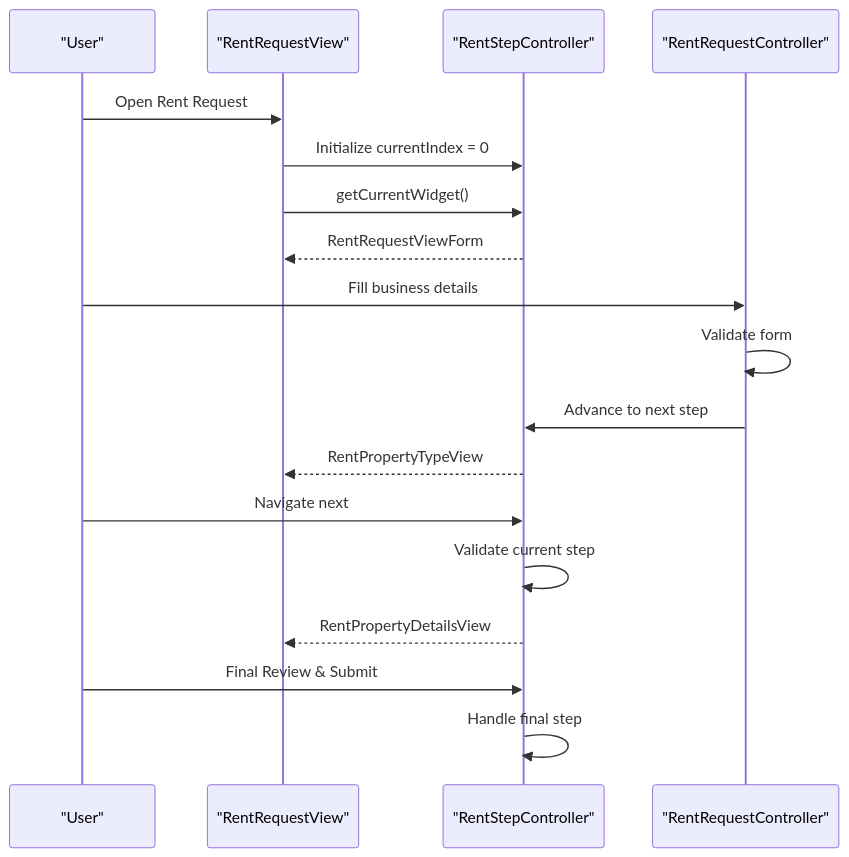
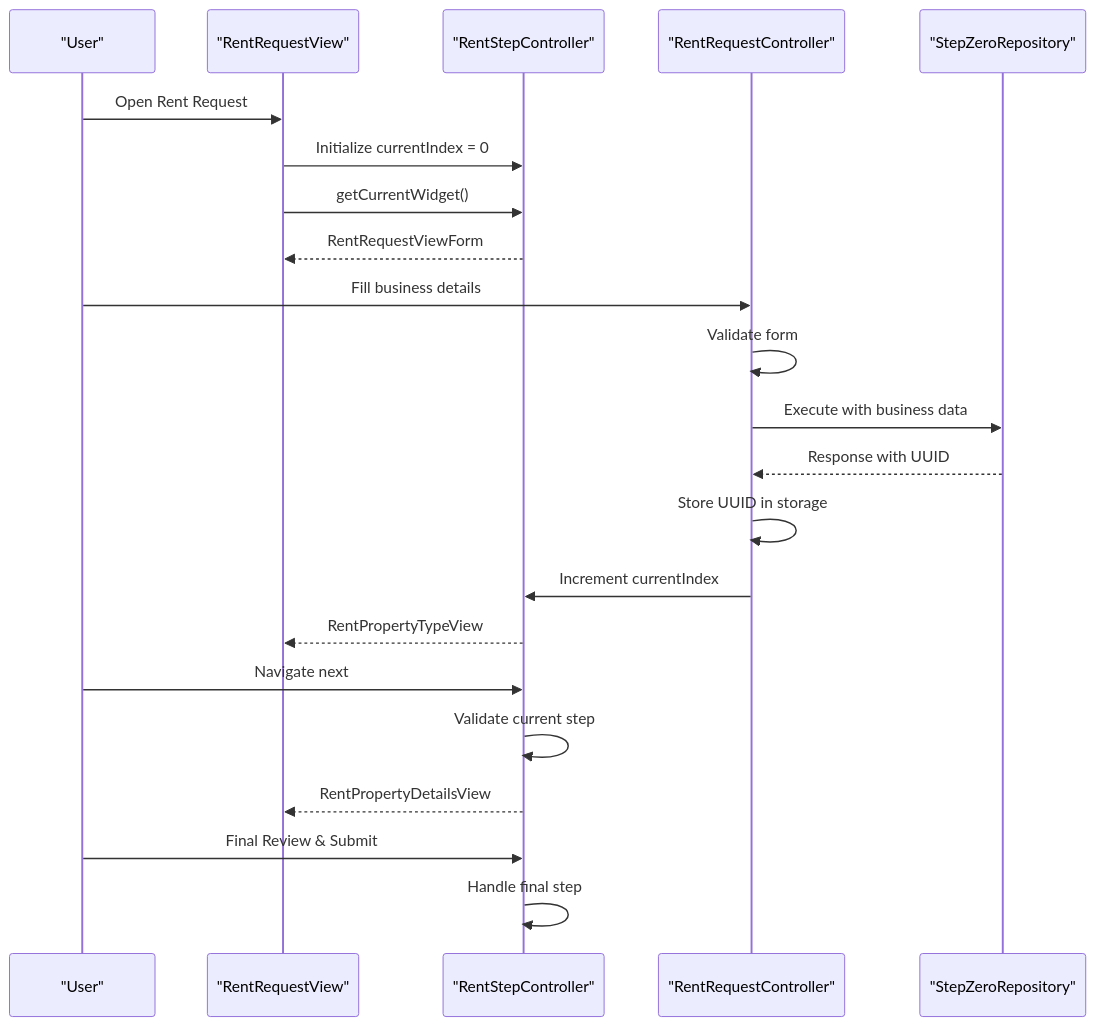
One commit to Ariful3111/FurniGo changed the second of 6 diagrams in .qoder/repowiki/en/content/Core Features/Business Services/Rent Furniture System.md. Above: the diagram before and after it, drawn with Mermaid. The commit also changed other lines of this file and 10 other files, not shown here.

Commit message:
Rent Request Step One Completed

````diff
--- a/.qoder/repowiki/en/content/Core Features/Business Services/Rent Furniture System.md
+++ b/.qoder/repowiki/en/content/Core Features/Business Services/Rent Furniture System.md
@@ -122,20 +128,24 @@
 ```mermaid
 sequenceDiagram
 participant User as "User"
 participant View as "RentRequestView"
 participant StepController as "RentStepController"
 participant RequestController as "RentRequestController"
+participant StepZeroRepo as "StepZeroRepository"
 User->>View : Open Rent Request
 View->>StepController : Initialize currentIndex = 0
 View->>StepController : getCurrentWidget()
 StepController-->>View : RentRequestViewForm
 User->>RequestController : Fill business details
 RequestController->>RequestController : Validate form
-RequestController->>StepController : Advance to next step
+RequestController->>StepZeroRepo : Execute with business data
+StepZeroRepo-->>RequestController : Response with UUID
+RequestController->>RequestController : Store UUID in storage
+RequestController->>StepController : Increment currentIndex
 StepController-->>View : RentPropertyTypeView
 User->>StepController : Navigate next
 StepController->>StepController : Validate current step
 StepController-->>View : RentPropertyDetailsView
 User->>StepController : Final Review & Submit
 StepController->>StepController : Handle final step
 ```
````
